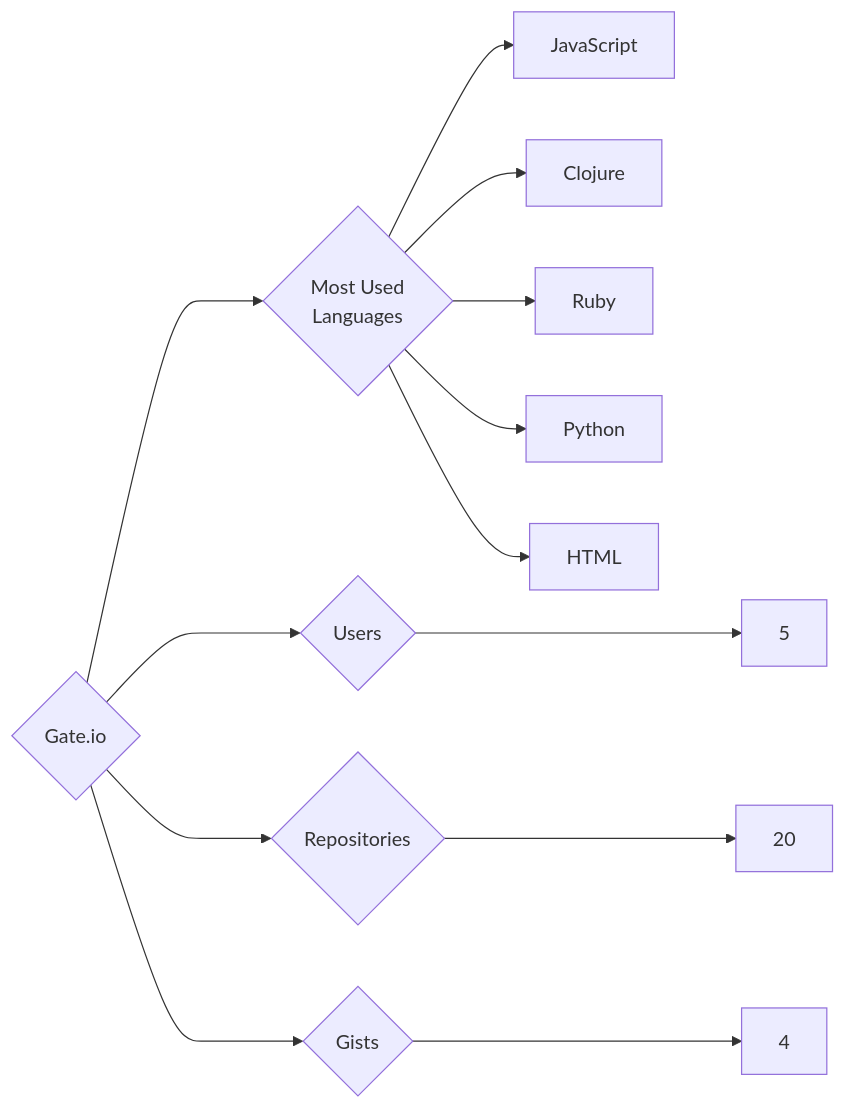
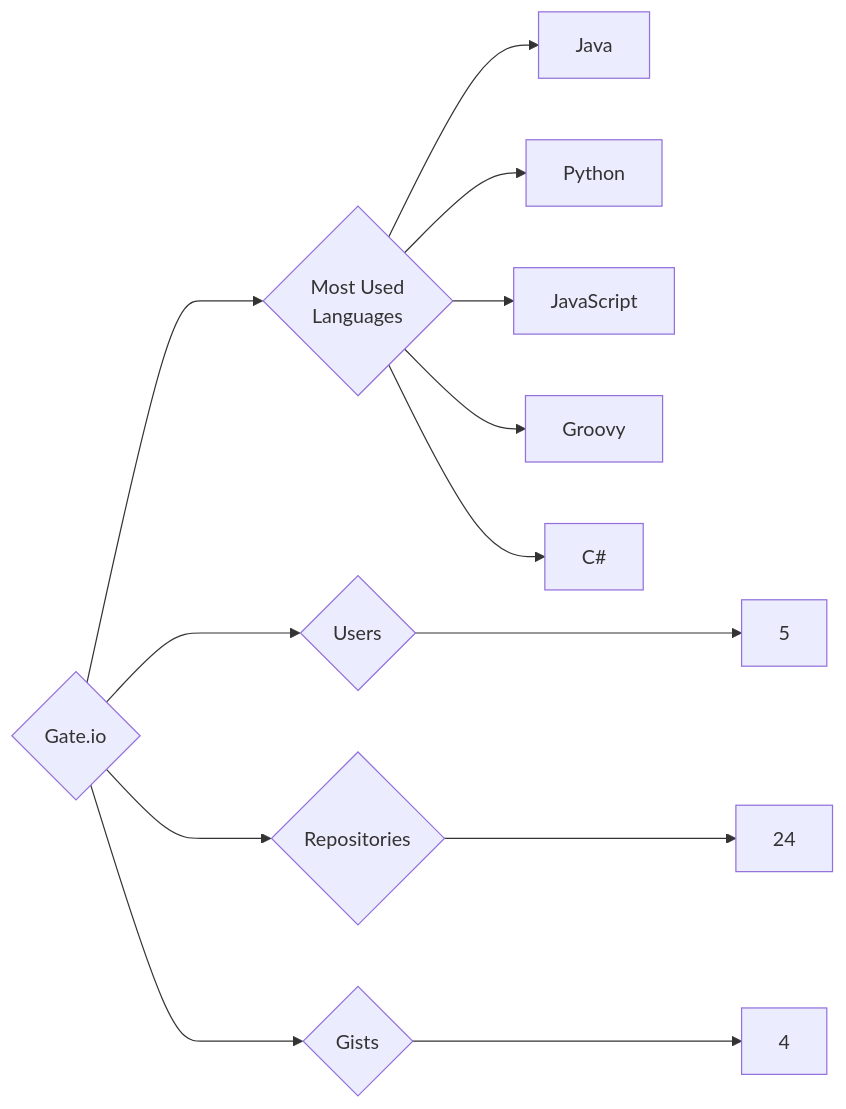
One commit to trickest/insiders changed the diagram in targets/Gate.io/README.md. Above: the diagram before and after it, drawn with Mermaid. The commit also changed 1166 other files, not shown here.

````diff
--- a/targets/Gate.io/README.md
+++ b/targets/Gate.io/README.md
@@ -3,13 +3,13 @@
 ```mermaid
 graph LR
 COMPANY_NAME{Gate.io}
 COMPANY_NAME ---> U{Users} ---> UN[5]
-COMPANY_NAME ---> R{Repositories} ---> RN[20]
+COMPANY_NAME ---> R{Repositories} ---> RN[24]
 COMPANY_NAME ---> G{Gists} ---> GN[4]
 COMPANY_NAME ---> ML{Most Used<br>Languages}
+ML --> Java[Java]
+ML --> Python[Python]
 ML --> JavaScript[JavaScript]
-ML --> Clojure[Clojure]
-ML --> Ruby[Ruby]
-ML --> Python[Python]
-ML --> HTML[HTML]
+ML --> Groovy[Groovy]
+ML --> C#[C#]
 ```
````
